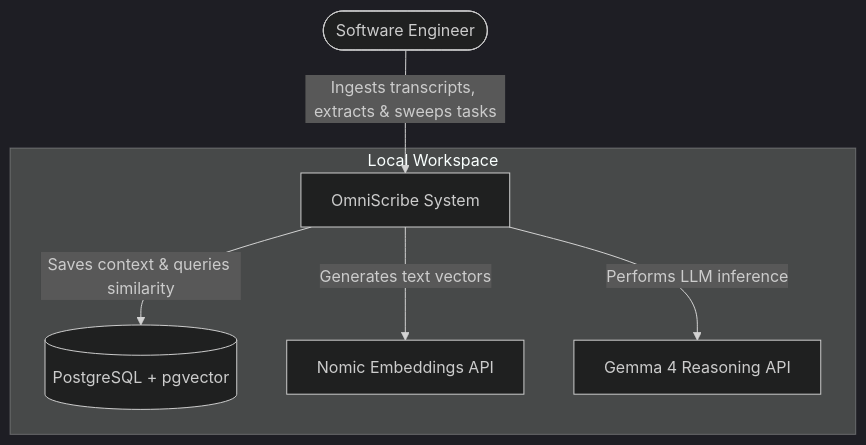
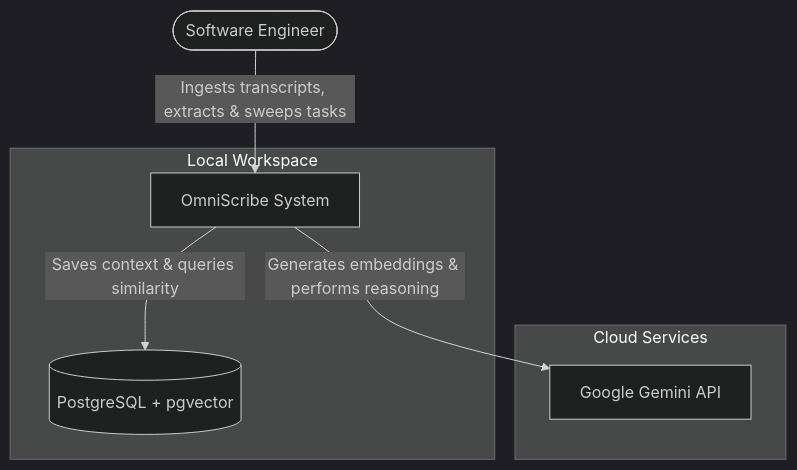
One commit to jackxpeng/omniscribe changed the first of 5 diagrams in architecture_documentation.md. Above: the diagram before and after it, drawn with Mermaid (dark theme). The commit also changed other lines of this file, not shown here.

Commit message:
docs: remove local LLM references from architecture documentation

````diff
--- a/architecture_documentation.md
+++ b/architecture_documentation.md
@@ -11,16 +11,17 @@
 ```mermaid
 graph TD
     User([Software Engineer])
     
     subgraph Local Workspace
         App[OmniScribe System]
         DB[(PostgreSQL + pgvector)]
-        Nomic[Nomic Embeddings API]
-        Gemma[Gemma 4 Reasoning API]
+    end
+
+    subgraph Cloud Services
+        Gemini[Google Gemini API]
     end
 
     User -->|Ingests transcripts, extracts & sweeps tasks| App
     App -->|Saves context & queries similarity| DB
-    App -->|Generates text vectors| Nomic
-    App -->|Performs LLM inference| Gemma
+    App -->|Generates embeddings & performs reasoning| Gemini
 ```
````
